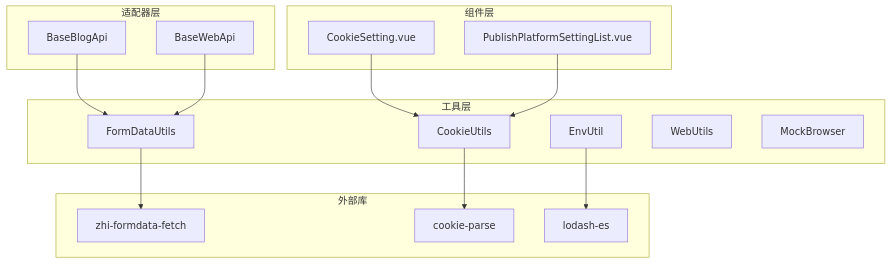
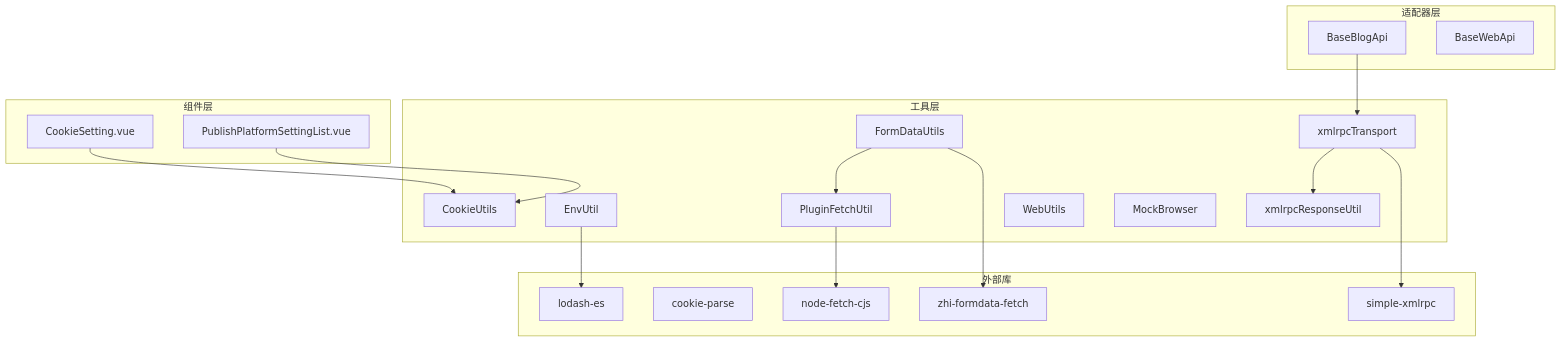
Before and after one commit to terwer/siyuan-plugin-publisher: the first of 10 diagrams in .qoder/repowiki/zh/content/API参考文档/工具函数API/网络和Cookie工具.md, drawn with Mermaid. The commit also changed other lines of this file and 15 other files, not shown here.

First line of the commit message:
refactor(proxy): redesign form upload transport to unified top-level architecture

````diff
--- a/.qoder/repowiki/zh/content/API参考文档/工具函数API/网络和Cookie工具.md
+++ b/.qoder/repowiki/zh/content/API参考文档/工具函数API/网络和Cookie工具.md
@@ -44,30 +65,37 @@
 ```mermaid
 graph TB
 subgraph "工具层"
 CU[CookieUtils]
 FDU[FormDataUtils]
 EU[EnvUtil]
+PFT[PluginFetchUtil]
+XRT[xmlrpcTransport]
+XRNU[xmlrpcResponseUtil]
 WU[WebUtils]
 MB[MockBrowser]
 end
 subgraph "适配器层"
 BA[BaseBlogApi]
 BWA[BaseWebApi]
 end
 subgraph "组件层"
 CS[CookieSetting.vue]
 PPSL[PublishPlatformSettingList.vue]
 end
 subgraph "外部库"
 ZFD[zhi-formdata-fetch]
 CP[cookie-parse]
 LC[lodash-es]
+NF[node-fetch-cjs]
+SR[simple-xmlrpc]
 end
-CU --> CP
+PFT --> NF
+XRT --> XRNU
+FDU --> PFT
 FDU --> ZFD
-BA --> FDU
-BWA --> FDU
+XRT --> SR
+BA --> XRT
 CS --> CU
 PPSL --> CU
 EU --> LC
 ```
````
